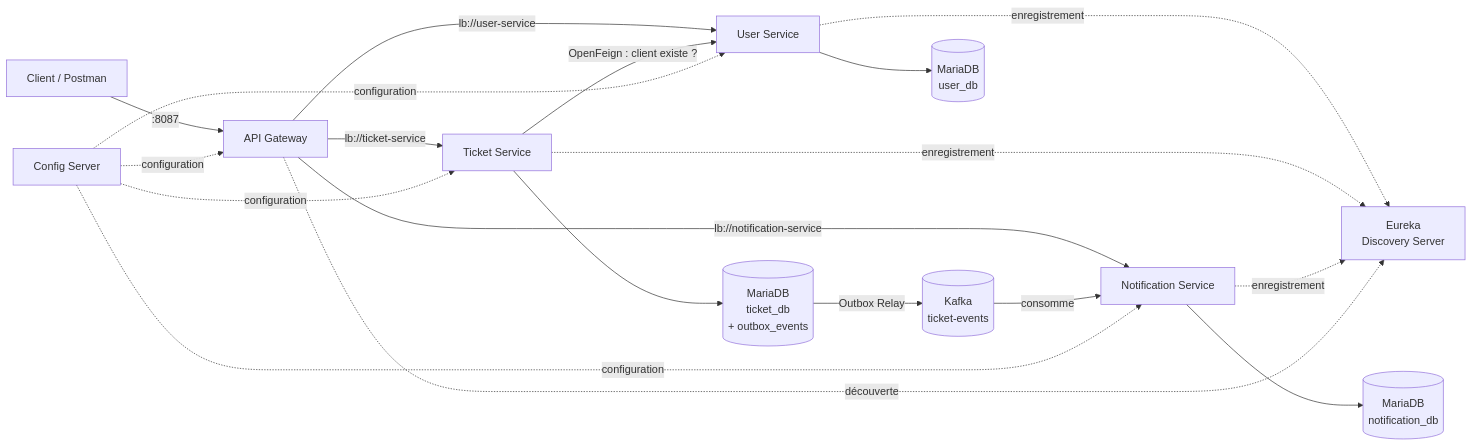
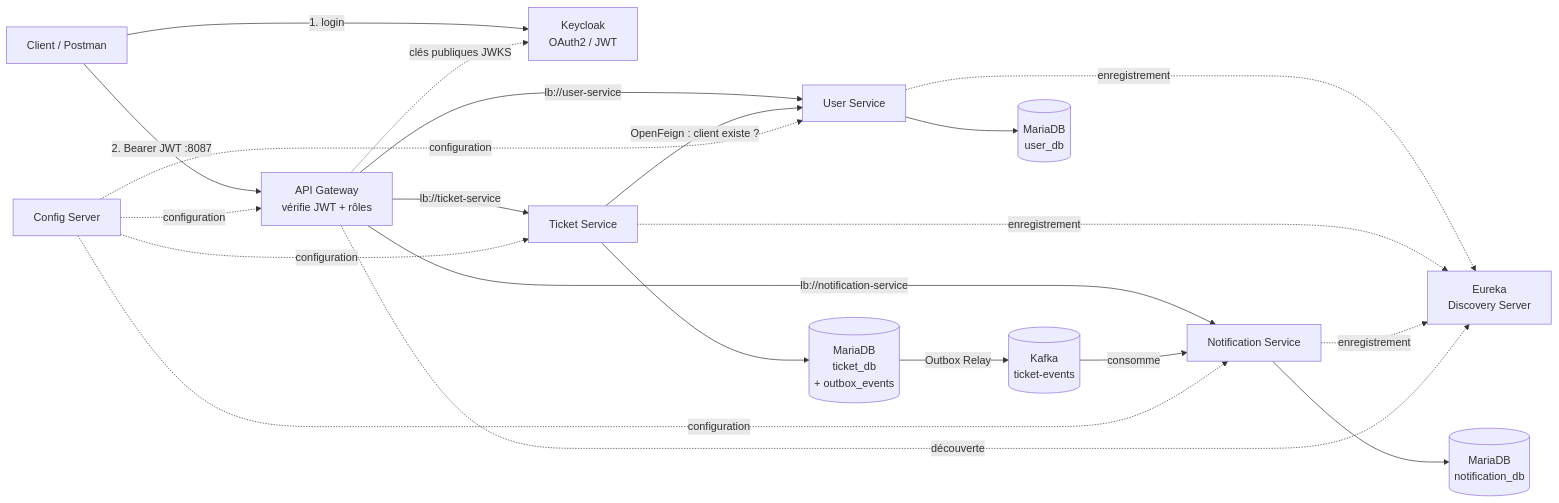
The first of 2 diagrams in README.md (anasxaz/ticketflow), drawn with Mermaid before and after one commit. The commit also changed other lines of this file, not shown here.

````diff
--- a/README.md
+++ b/README.md
@@ -13,27 +13,29 @@
 ```mermaid
 flowchart LR
-    C[Client / Postman] -->|:8087| GW[API Gateway]
+    C[Client / Postman] -->|1. login| KC[Keycloak<br/>OAuth2 / JWT]
+    C -->|2. Bearer JWT :8087| GW[API Gateway<br/>vérifie JWT + rôles]
+    GW -. clés publiques JWKS .-> KC
 
     GW -->|lb://user-service| US[User Service]
     GW -->|lb://ticket-service| TS[Ticket Service]
     GW -->|lb://notification-service| NS[Notification Service]
 
     TS -->|OpenFeign : client existe ?| US
     TS --> TDB[(MariaDB<br/>ticket_db<br/>+ outbox_events)]
     TDB -->|Outbox Relay| K[(Kafka<br/>ticket-events)]
     K -->|consomme| NS
 
     US --> UDB[(MariaDB<br/>user_db)]
     NS --> NDB[(MariaDB<br/>notification_db)]
 
     CS[Config Server] -. configuration .-> US
     CS -. configuration .-> TS
     CS -. configuration .-> NS
     CS -. configuration .-> GW
 
     EU[Eureka<br/>Discovery Server]
     US -. enregistrement .-> EU
     TS -. enregistrement .-> EU
     NS -. enregistrement .-> EU
     GW -. découverte .-> EU
 ```
````
